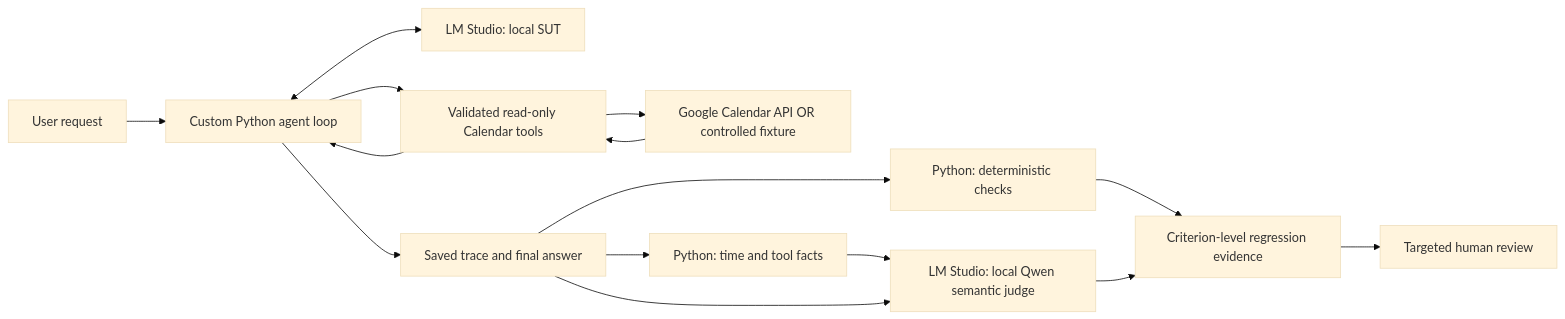
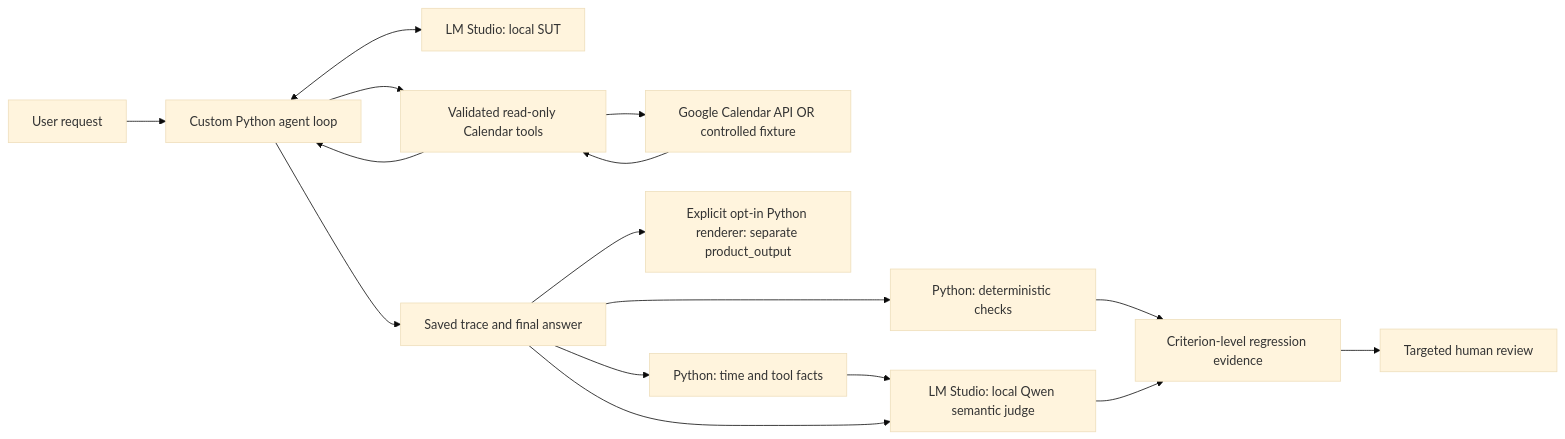
One commit to rachelwuw/agentic-ai-quality-harness changed the diagram in README.md. Above: the diagram before and after it, drawn with Mermaid (base theme). The commit also changed other lines of this file and 7 other files, not shown here.

````diff
--- a/README.md
+++ b/README.md
@@ -54,17 +60,18 @@
 ```mermaid
 flowchart LR
     U[User request] --> A[Custom Python agent loop]
     A <--> S[LM Studio: local SUT]
     A --> V[Validated read-only Calendar tools]
     V --> G[Google Calendar API OR controlled fixture]
     G --> V
     V --> A
     A --> T[Saved trace and final answer]
+    T --> P[Explicit opt-in Python renderer: separate product_output]
     T --> F[Python: time and tool facts]
     T --> D[Python: deterministic checks]
     F --> J[LM Studio: local Qwen semantic judge]
     T --> J
     D --> R[Criterion-level regression evidence]
     J --> R
     R --> H[Targeted human review]
 ```
````
